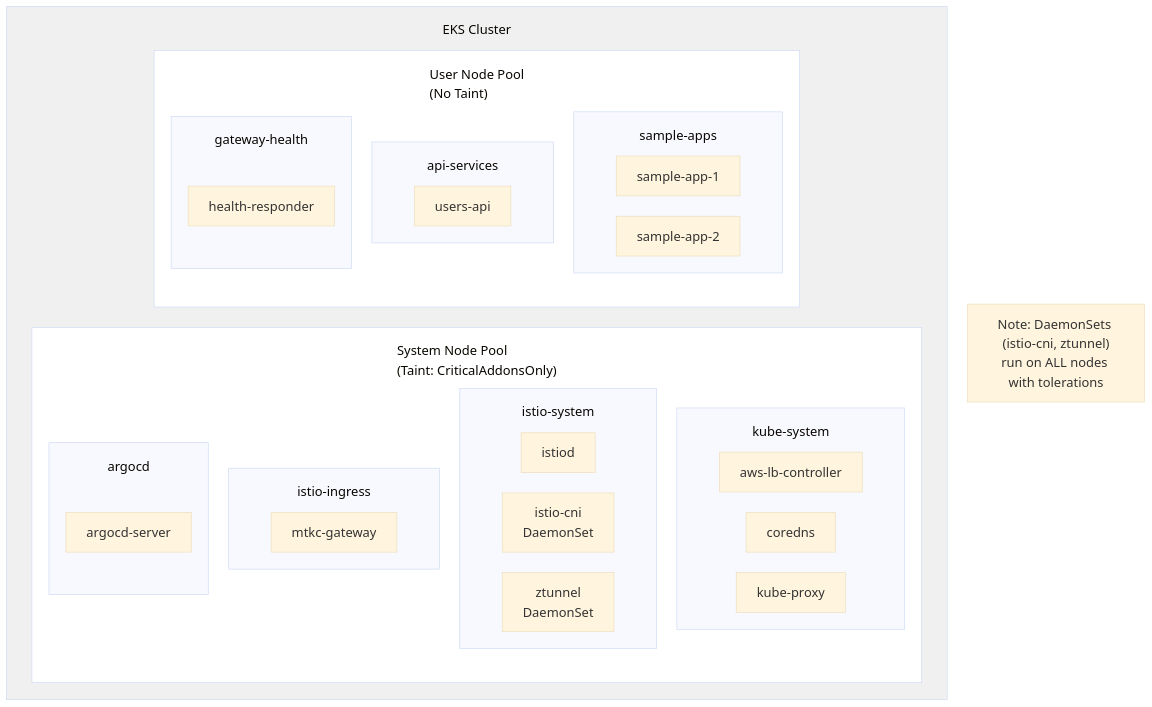
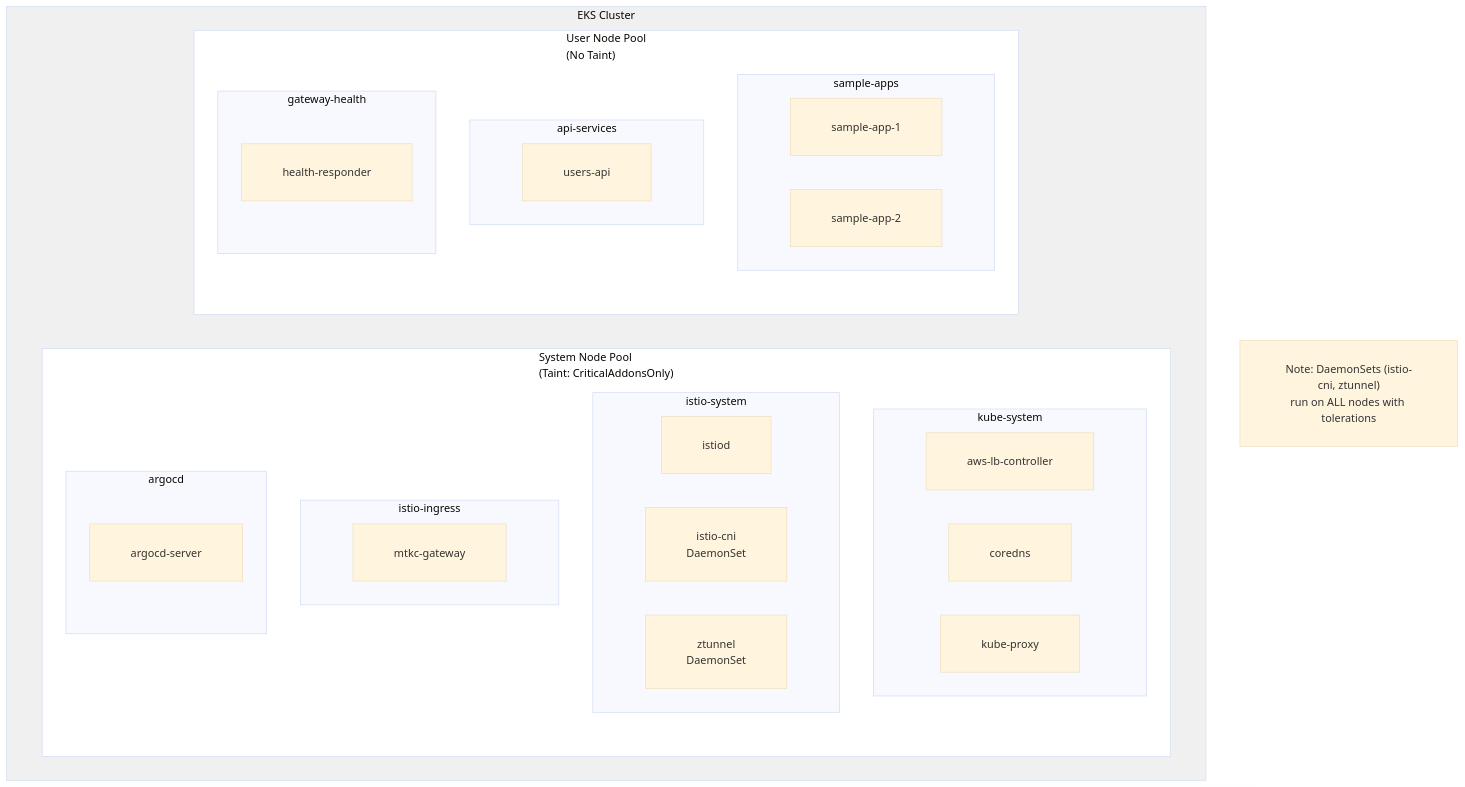
Before and after one commit to shanaka-versent/EKS-Istio-GatewayAPI-Deom: the second of 3 diagrams in README.md, drawn with Mermaid.

Commit message:
docs: Increase spacing and padding to fix overlapping text in EKS diagram

````diff
--- a/README.md
+++ b/README.md
@@ -105,43 +105,43 @@
 ```mermaid
-%%{init: {'theme': 'base', 'themeVariables': {'fontSize': '19px'}, 'flowchart': {'nodeSpacing': 30, 'rankSpacing': 50, 'subGraphTitleMargin': {'top': 20, 'bottom': 20}}}}%%
+%%{init: {'theme': 'base', 'themeVariables': {'fontSize': '16px'}, 'flowchart': {'nodeSpacing': 50, 'rankSpacing': 80, 'padding': 30}}}%%
 flowchart TB
     subgraph EKS["EKS Cluster"]
         subgraph SystemPool["System Node Pool<br/>(Taint: CriticalAddonsOnly)"]
             subgraph KS["kube-system"]
                 LBC2[aws-lb-controller]
                 CoreDNS[coredns]
                 KubeProxy[kube-proxy]
             end
             subgraph IS["istio-system"]
                 Istiod2[istiod]
                 CNI[istio-cni<br/>DaemonSet]
                 ZT[ztunnel<br/>DaemonSet]
             end
             subgraph II["istio-ingress"]
                 GW2[mtkc-gateway]
             end
             subgraph AC["argocd"]
                 ArgoServer[argocd-server]
             end
         end
 
         subgraph UserPool["User Node Pool<br/>(No Taint)"]
             subgraph SA["sample-apps"]
                 App1B[sample-app-1]
                 App2B[sample-app-2]
             end
             subgraph API2["api-services"]
                 UsersAPI[users-api]
             end
             subgraph GH["gateway-health"]
                 HealthResp[health-responder]
             end
         end
     end
 
     Note["Note: DaemonSets (istio-cni, ztunnel)<br/>run on ALL nodes with tolerations"]
 
     style EKS fill:#f0f0f0
     style SystemPool fill:#ffffff
     style UserPool fill:#ffffff
 ```
````
